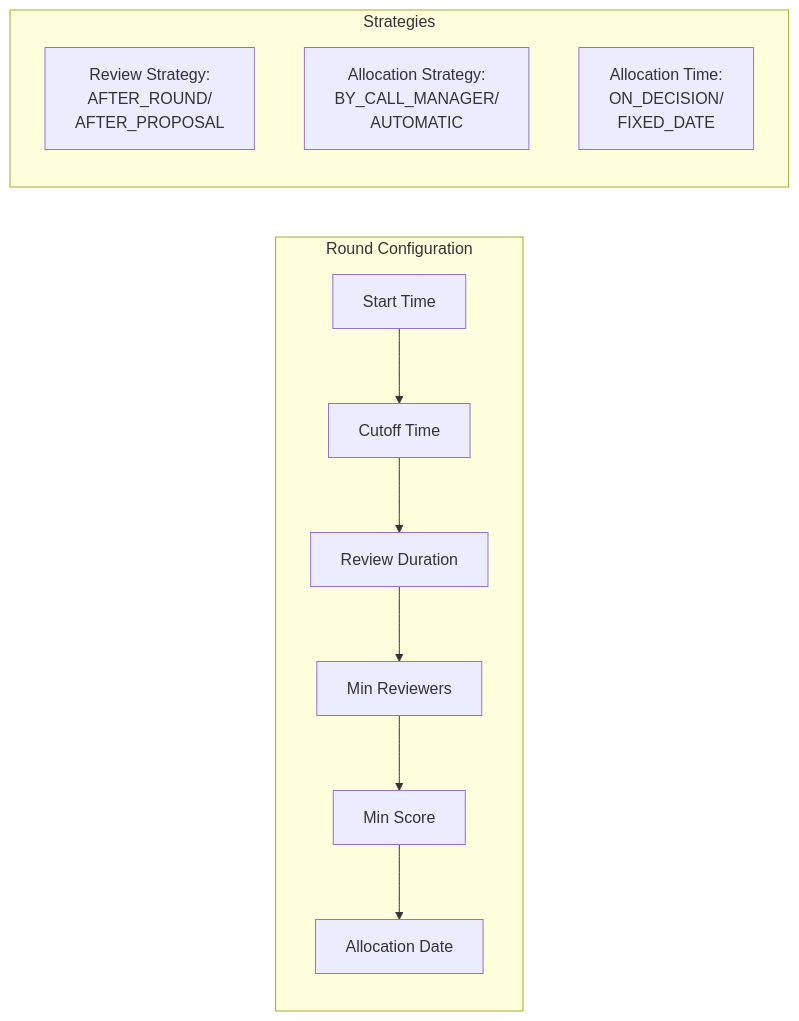
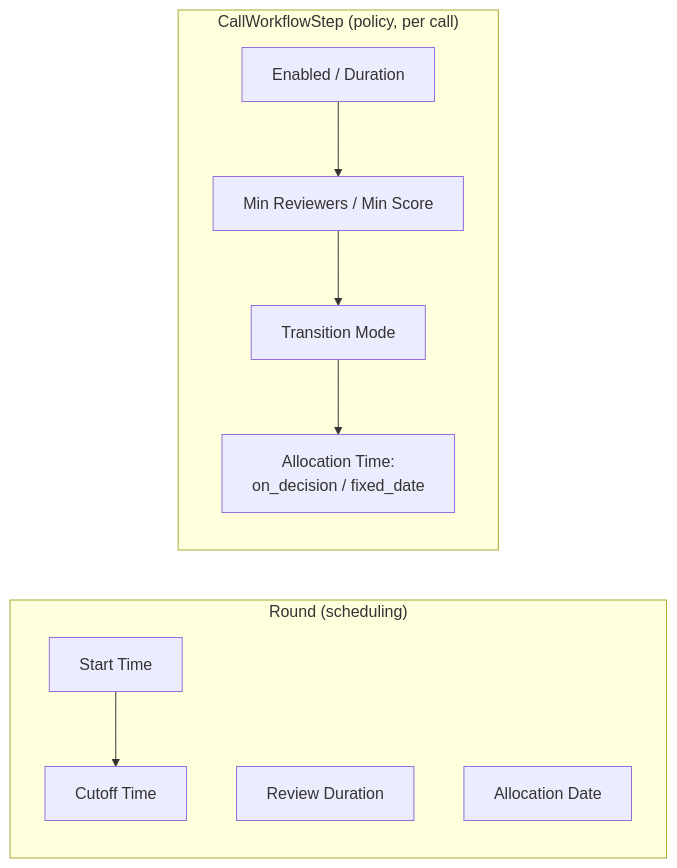
One commit to waldur/waldur-docs changed the fifth of 11 diagrams in docs/developer-guide/core-concepts/proposals.md. Above: the diagram before and after it, drawn with Mermaid. The commit also changed other lines of this file and 35 other files, not shown here.

````diff
--- a/docs/developer-guide/core-concepts/proposals.md
+++ b/docs/developer-guide/core-concepts/proposals.md
@@ -159,16 +179,14 @@
 ```mermaid
 graph LR
-    subgraph "Round Configuration"
+    subgraph "Round (scheduling)"
         ST[Start Time] --> CT[Cutoff Time]
-        CT --> RD[Review Duration]
-        RD --> MR[Min Reviewers]
-        MR --> MS[Min Score]
-        MS --> AD[Allocation Date]
+        RD[Review Duration]
+        AD[Allocation Date]
     end
 
-    subgraph "Strategies"
-        RS[Review Strategy:<br/>AFTER_ROUND/<br/>AFTER_PROPOSAL]
-        AS[Allocation Strategy:<br/>BY_CALL_MANAGER/<br/>AUTOMATIC]
-        AT[Allocation Time:<br/>ON_DECISION/<br/>FIXED_DATE]
+    subgraph "CallWorkflowStep (policy, per call)"
+        EN[Enabled / Duration] --> GT[Min Reviewers / Min Score]
+        GT --> TM[Transition Mode]
+        TM --> AT[Allocation Time:<br/>on_decision / fixed_date]
     end
 ```
````
